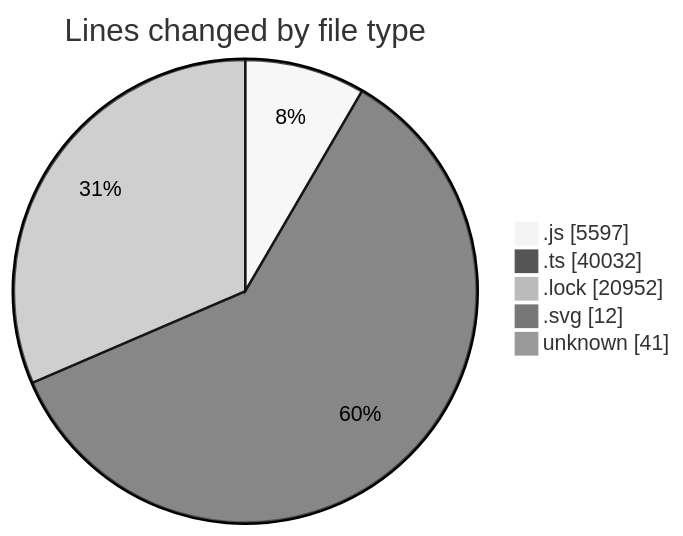
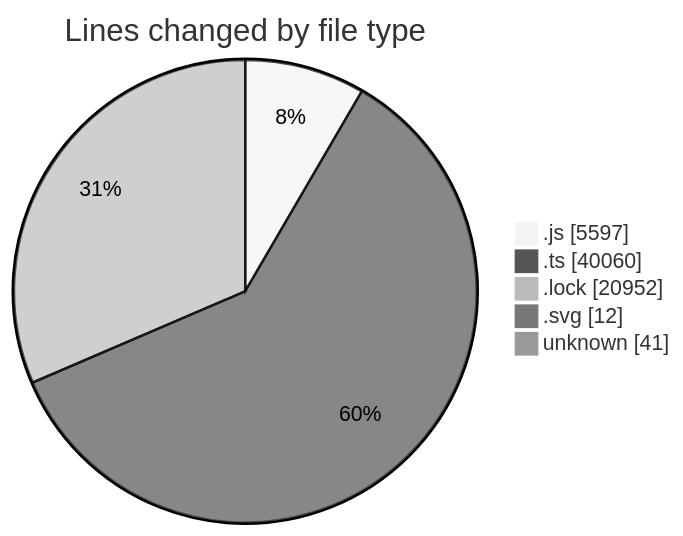
Before and after one commit to momahboobian/code-tracking: the first of 2 diagrams in 2025-08-12/cda/README.md, drawn with Mermaid (neutral theme). The commit also changed other lines of this file and 1 other file, not shown here.

````diff
--- a/2025-08-12/cda/README.md
+++ b/2025-08-12/cda/README.md
@@ -44,9 +44,9 @@
 ```mermaid
 pie showData
 title Lines changed by file type
 ".js" : 5597
-".ts" : 40032
+".ts" : 40060
 ".lock" : 20952
 ".svg" : 12
 "unknown" : 41
 ```
````
